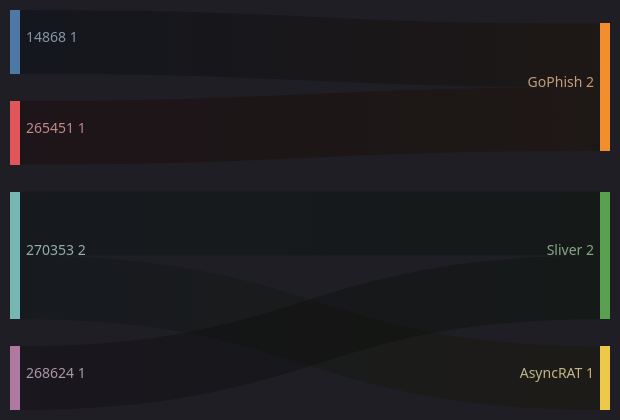
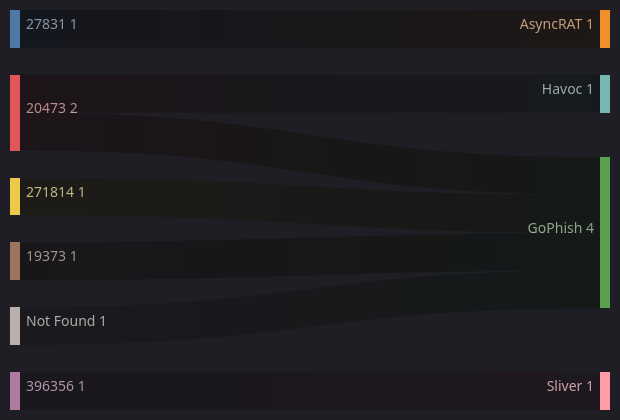
Before and after one commit to ZoqueLabs/website: the eighth of 8 diagrams in zolim.md, drawn with Mermaid. The commit also changed other lines of this file, not shown here.

````diff
--- a/zolim.md
+++ b/zolim.md
@@ -221,13 +232,15 @@
 ```mermaid
 ---
 config:
   theme: dark
 ---
 %% Δ ASN → Threat (new edges)
 sankey-beta
-  14868,GoPhish,1
-  265451,GoPhish,1
-  270353,Sliver,1
-  270353,AsyncRAT,1
-  268624,Sliver,1
+  27831,AsyncRAT,1
+  20473,Havoc,1
+  20473,GoPhish,1
+  271814,GoPhish,1
+  396356,Sliver,1
+  19373,GoPhish,1
+  Not Found,GoPhish,1
 ```
````
